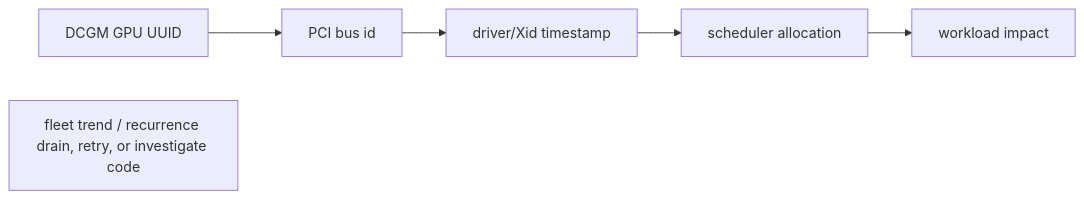
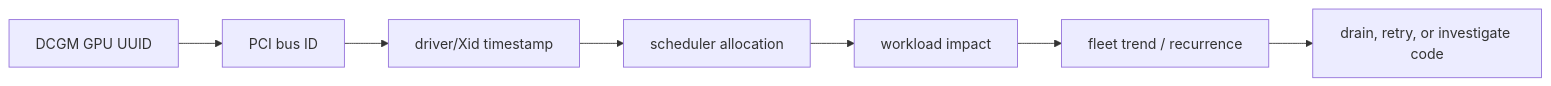
One commit to jithinpnjm/nvidia-devops changed the diagram in docs/volume-07/15-senior-deep-dive-4-gpu-observability-with-dcgm-and-driver-evidence.md. Above: the diagram before and after it, drawn with Mermaid. The commit also changed 99 other files, not shown here.

````diff
--- a/docs/volume-07/15-senior-deep-dive-4-gpu-observability-with-dcgm-and-driver-evidence.md
+++ b/docs/volume-07/15-senior-deep-dive-4-gpu-observability-with-dcgm-and-driver-evidence.md
@@ -28,14 +28,6 @@
 ```mermaid
 flowchart LR
-  %% Converted from the original ASCII diagram; source wording is preserved.
-  n0["DCGM GPU UUID"]
-  n1["PCI bus id"]
-  n2["driver/Xid timestamp"]
-  n3["scheduler allocation"]
-  n4["workload impact"]
-  n5["fleet trend / recurrence drain, retry, or investigate code"]
-  n0 --> n1
-  n1 --> n2
-  n2 --> n3
-  n3 --> n4
+  UUID["DCGM GPU UUID"] --> PCI["PCI bus ID"] --> Xid["driver/Xid timestamp"]
+  Xid --> Allocation["scheduler allocation"] --> Impact["workload impact"]
+  Impact --> Trend["fleet trend / recurrence"] --> Action["drain, retry, or investigate code"]
 ```
````
